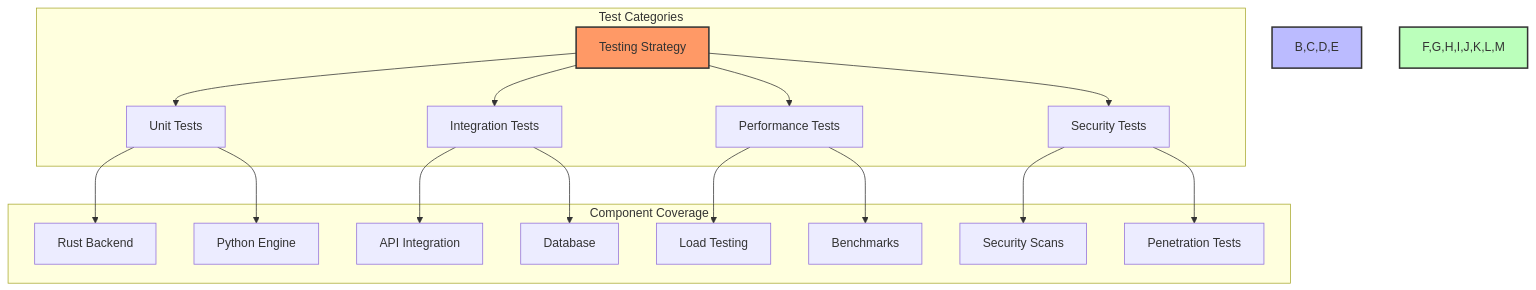
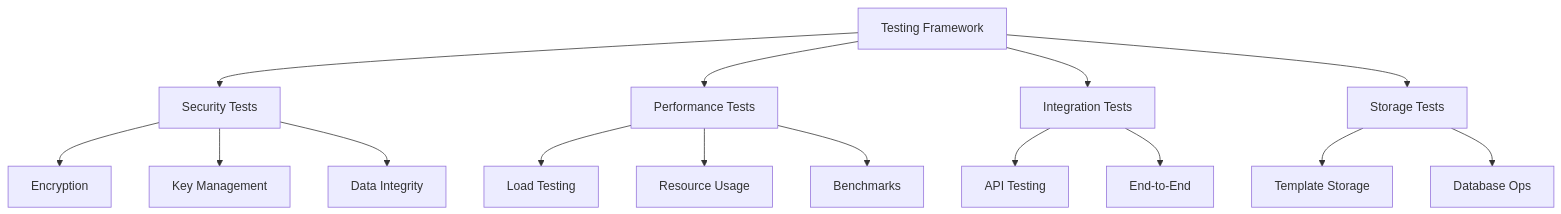
Before and after one commit to JtPerez-Acle/secure-biometric: the fourth of 5 diagrams in README.md, drawn with Mermaid. The commit also changed other lines of this file and 71 other files, not shown here.

````diff
--- a/README.md
+++ b/README.md
@@ -237,24 +117,21 @@
 ```mermaid
 graph TD
-    subgraph "Test Categories"
-        A[Testing Strategy] --> B[Unit Tests]
-        A --> C[Integration Tests]
-        A --> D[Performance Tests]
-        A --> E[Security Tests]
-    end
-
-    subgraph "Component Coverage"
-        B --> F[Rust Backend]
-        B --> G[Python Engine]
-        C --> H[API Integration]
-        C --> I[Database]
-        D --> J[Load Testing]
-        D --> K[Benchmarks]
-        E --> L[Security Scans]
-        E --> M[Penetration Tests]
-    end
-
-    style A fill:#f96,stroke:#333,stroke-width:2px
-    style B,C,D,E fill:#bbf,stroke:#333,stroke-width:2px
-    style F,G,H,I,J,K,L,M fill:#bfb,stroke:#333,stroke-width:2px
+    A[Testing Framework] --> B[Security Tests]
+    A --> C[Performance Tests]
+    A --> D[Integration Tests]
+    A --> E[Storage Tests]
+    
+    B --> B1[Encryption]
+    B --> B2[Key Management]
+    B --> B3[Data Integrity]
+    
+    C --> C1[Load Testing]
+    C --> C2[Resource Usage]
+    C --> C3[Benchmarks]
+    
+    D --> D1[API Testing]
+    D --> D2[End-to-End]
+    
+    E --> E1[Template Storage]
+    E --> E2[Database Ops]
 ```
````
